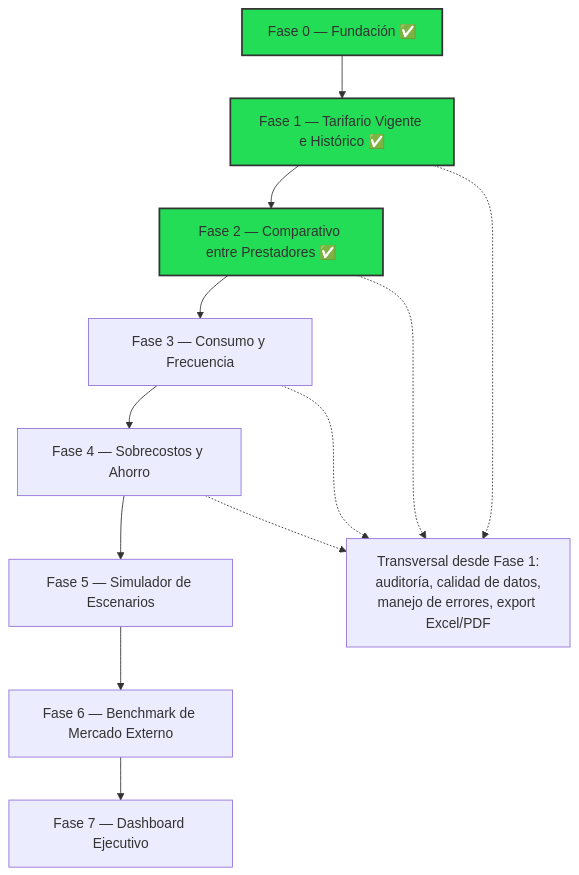
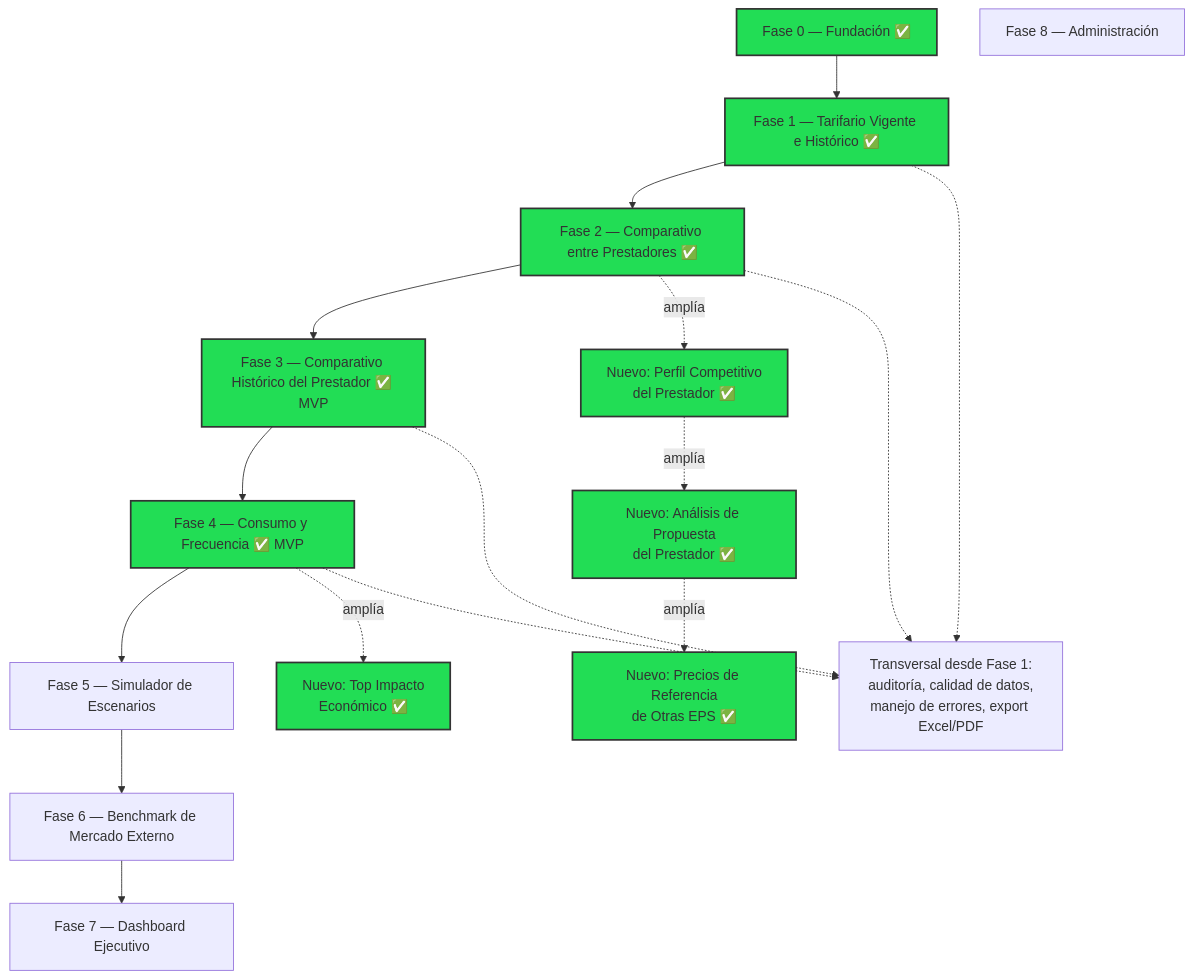
The diagram in KnowledgeBase/00-Proyecto/Roadmap.md (ingnelsonruiz/Contratacion_Dusakawiepsi), drawn with Mermaid before and after one commit. The commit also changed other lines of this file and 16 other files, not shown here.

Commit message:
feat: agregar analisis de propuesta y precio de referencia EPS

````diff
--- a/KnowledgeBase/00-Proyecto/Roadmap.md
+++ b/KnowledgeBase/00-Proyecto/Roadmap.md
@@ -9,20 +9,36 @@
 ```mermaid
 graph TD
     F0["Fase 0 — Fundación ✅"] --> F1["Fase 1 — Tarifario Vigente e Histórico ✅"]
     F1 --> F2["Fase 2 — Comparativo entre Prestadores ✅"]
-    F2 --> F3["Fase 3 — Consumo y Frecuencia"]
-    F3 --> F4["Fase 4 — Sobrecostos y Ahorro"]
+    F2 --> F3["Fase 3 — Comparativo Histórico del Prestador ✅ MVP"]
+    F3 --> F4["Fase 4 — Consumo y Frecuencia ✅ MVP"]
     F4 --> F5["Fase 5 — Simulador de Escenarios"]
     F5 --> F6["Fase 6 — Benchmark de Mercado Externo"]
     F6 --> F7["Fase 7 — Dashboard Ejecutivo"]
+    F8["Fase 8 — Administración"]
+
+    N1["Nuevo: Perfil Competitivo<br/>del Prestador ✅"]
+    N2["Nuevo: Top Impacto<br/>Económico ✅"]
+    N3["Nuevo: Análisis de Propuesta<br/>del Prestador ✅"]
+    N4["Nuevo: Precios de Referencia<br/>de Otras EPS ✅"]
+    F2 -.amplía.-> N1
+    F4 -.amplía.-> N2
+    N1 -.amplía.-> N3
+    N3 -.amplía.-> N4
 
     T["Transversal desde Fase 1:<br/>auditoría, calidad de datos,<br/>manejo de errores, export Excel/PDF"]
     F1 -.-> T
     F2 -.-> T
     F3 -.-> T
     F4 -.-> T
 
     style F0 fill:#2d5,stroke:#333,stroke-width:2px
     style F1 fill:#2d5,stroke:#333,stroke-width:2px
     style F2 fill:#2d5,stroke:#333,stroke-width:2px
+    style F3 fill:#2d5,stroke:#333,stroke-width:2px
+    style F4 fill:#2d5,stroke:#333,stroke-width:2px
+    style N1 fill:#2d5,stroke:#333,stroke-width:2px
+    style N2 fill:#2d5,stroke:#333,stroke-width:2px
+    style N3 fill:#2d5,stroke:#333,stroke-width:2px
+    style N4 fill:#2d5,stroke:#333,stroke-width:2px
 ```
````
